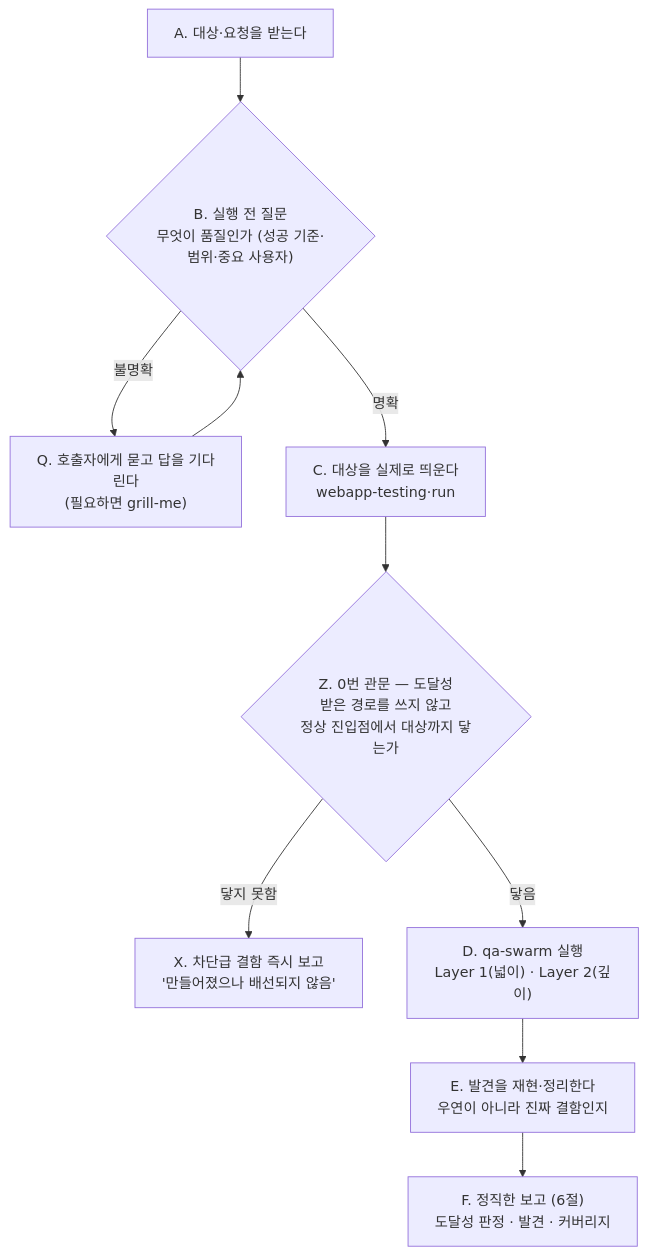
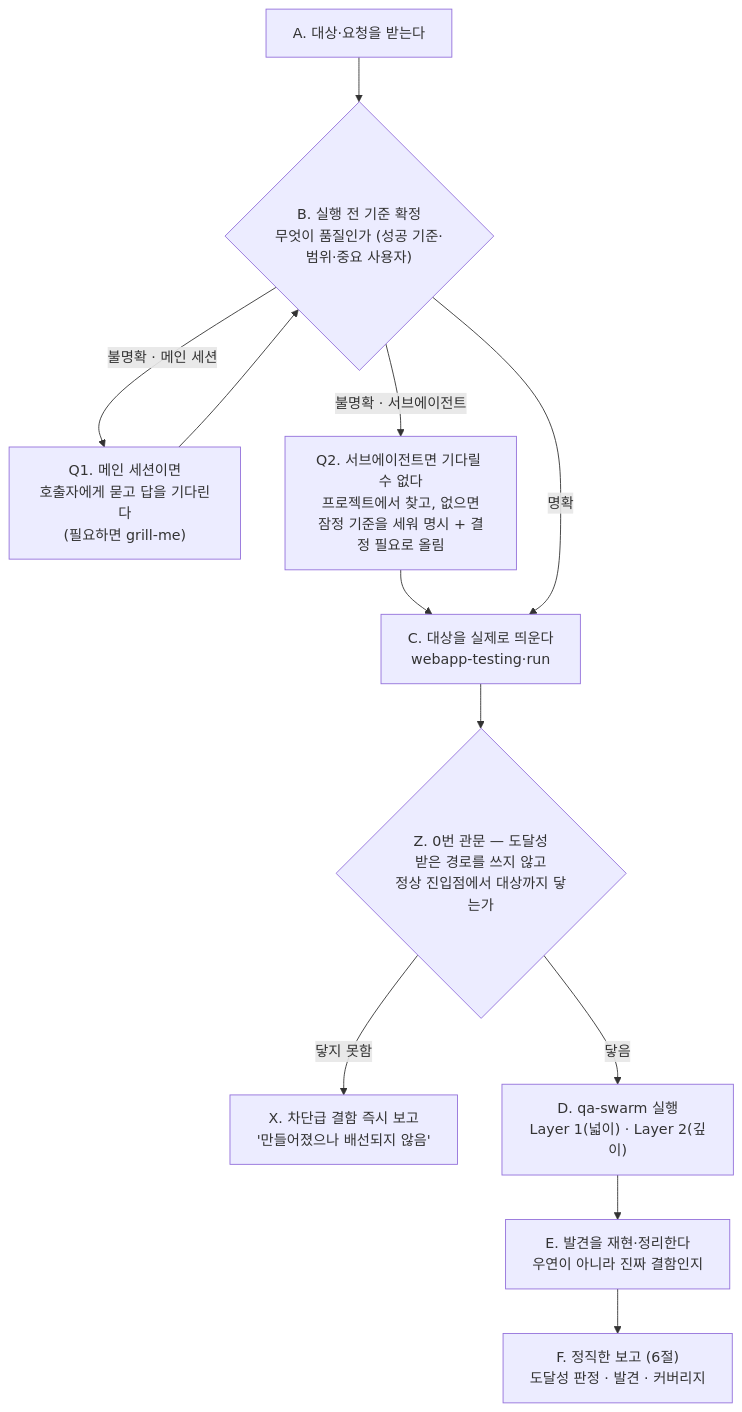
Before and after one commit to GeonwooKim-fitogether/Template-repository: the diagram in .claude/agents/kimqa.md, drawn with Mermaid. The commit also changed other lines of this file and 5 other files, not shown here.

````diff
--- a/.claude/agents/kimqa.md
+++ b/.claude/agents/kimqa.md
@@ -39,18 +47,20 @@
 ```mermaid
 flowchart TD
     A["A. 대상·요청을 받는다"]
-    B{"B. 실행 전 질문<br/>무엇이 품질인가 (성공 기준·범위·중요 사용자)"}
-    Q["Q. 호출자에게 묻고 답을 기다린다<br/>(필요하면 grill-me)"]
+    B{"B. 실행 전 기준 확정<br/>무엇이 품질인가 (성공 기준·범위·중요 사용자)"}
+    Q1["Q1. 메인 세션이면<br/>호출자에게 묻고 답을 기다린다<br/>(필요하면 grill-me)"]
+    Q2["Q2. 서브에이전트면 기다릴 수 없다<br/>프로젝트에서 찾고, 없으면<br/>잠정 기준을 세워 명시 + 결정 필요로 올림"]
     C["C. 대상을 실제로 띄운다<br/>webapp-testing·run"]
     Z{"Z. 0번 관문 — 도달성<br/>받은 경로를 쓰지 않고<br/>정상 진입점에서 대상까지 닿는가"}
     X["X. 차단급 결함 즉시 보고<br/>'만들어졌으나 배선되지 않음'"]
     D["D. qa-swarm 실행<br/>Layer 1(넓이) · Layer 2(깊이)"]
     E["E. 발견을 재현·정리한다<br/>우연이 아니라 진짜 결함인지"]
     F["F. 정직한 보고 (6절)<br/>도달성 판정 · 발견 · 커버리지"]
 
     A --> B
-    B -->|"불명확"| Q --> B
+    B -->|"불명확 · 메인 세션"| Q1 --> B
+    B -->|"불명확 · 서브에이전트"| Q2 --> C
     B -->|"명확"| C --> Z
     Z -->|"닿지 못함"| X
     Z -->|"닿음"| D --> E --> F
 ```
````
